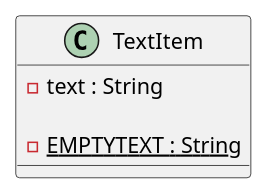
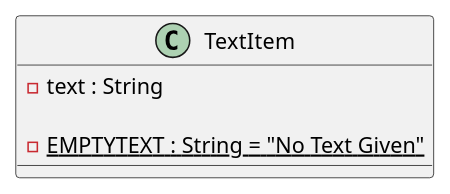
One commit to gabrielrtlima/diagramas-padroes-projeto changed the diagram in classes/TextItem.puml. Above: the diagram before and after it, drawn with PlantUML. The commit also changed 11 other files, not shown here.

```diff
--- a/classes/TextItem.puml
+++ b/classes/TextItem.puml
@@ -1,11 +1,11 @@
 @startuml TextItem
 
 class TextItem {
 
   - text : String
 
-  - {static} EMPTYTEXT : String
+  - {static} EMPTYTEXT : String = "No Text Given"
 
 }
 
 @enduml
```
